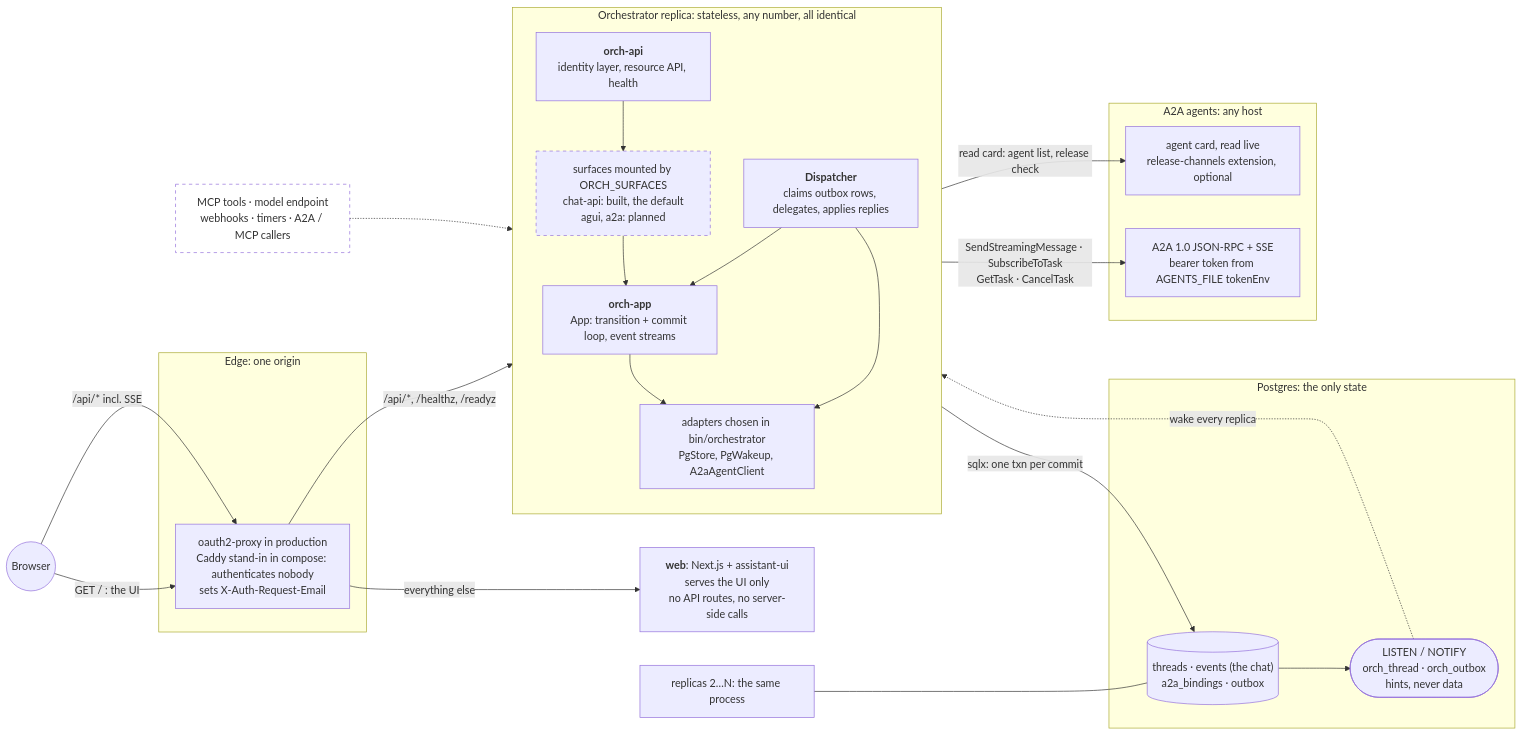
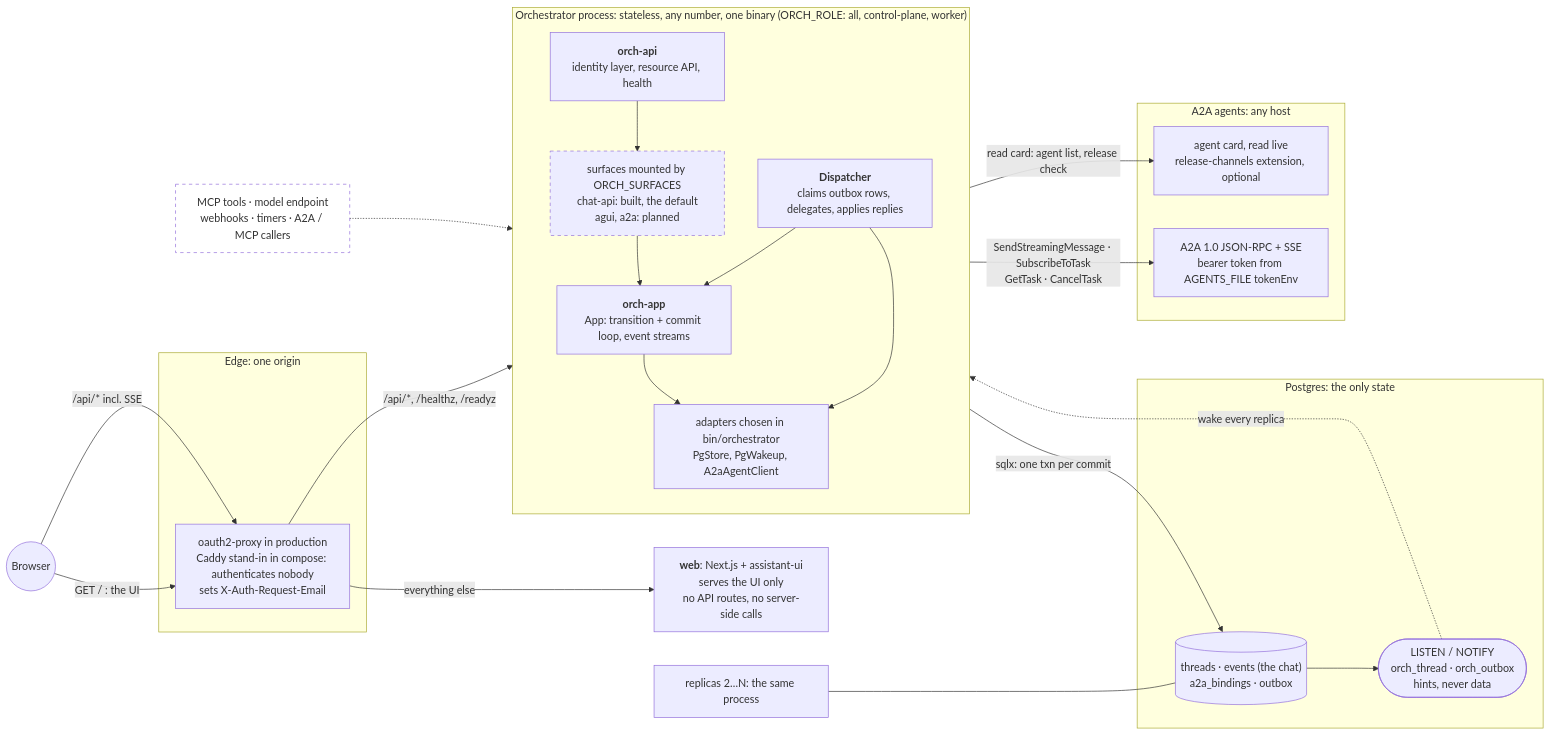
The first of 8 diagrams in docs/architecture.md (vymalo/another-agentic-system), drawn with Mermaid before and after one commit. The commit also changed other lines of this file and 11 other files, not shown here.

First line of the commit message:
feat(orchestrator): run as control plane, worker or both via ORCH_ROLE (adam-host) (#31)

````diff
--- a/docs/architecture.md
+++ b/docs/architecture.md
@@ -76,42 +76,42 @@
 ```mermaid
 flowchart LR
   browser(("Browser"))
   subgraph EDGE["Edge: one origin"]
     edge["oauth2-proxy in production<br/>Caddy stand-in in compose: authenticates nobody<br/>sets X-Auth-Request-Email"]
   end
   web["<b>web</b>: Next.js + assistant-ui<br/>serves the UI only<br/>no API routes, no server-side calls"]
-  subgraph REPLICA["Orchestrator replica: stateless, any number, all identical"]
+  subgraph REPLICA["Orchestrator process: stateless, any number, one binary (ORCH_ROLE: all, control-plane, worker)"]
     direction TB
     api["<b>orch-api</b><br/>identity layer, resource API, health"]
     surfaces["surfaces mounted by ORCH_SURFACES<br/>chat-api: built, the default<br/>agui, a2a: planned"]
     app["<b>orch-app</b><br/>App: transition + commit loop, event streams"]
     disp["<b>Dispatcher</b><br/>claims outbox rows, delegates, applies replies"]
     adapters["adapters chosen in bin/orchestrator<br/>PgStore, PgWakeup, A2aAgentClient"]
     api --> surfaces --> app
     disp --> app
     app --> adapters
     disp --> adapters
   end
   subgraph PG["Postgres: the only state"]
     tables[("threads · events (the chat)<br/>a2a_bindings · outbox")]
     notify(["LISTEN / NOTIFY<br/>orch_thread · orch_outbox<br/>hints, never data"])
   end
   subgraph AGENTS["A2A agents: any host"]
     card["agent card, read live<br/>release-channels extension, optional"]
     a2a["A2A 1.0 JSON-RPC + SSE<br/>bearer token from AGENTS_FILE tokenEnv"]
   end
   browser -- "GET / : the UI" --> edge
   browser -- "/api/* incl. SSE" --> edge
   edge -- "everything else" --> web
   edge -- "/api/*, /healthz, /readyz" --> api
   adapters -- "sqlx: one txn per commit" --> tables
   tables --> notify
   notify -. "wake every replica" .-> adapters
   adapters -- "SendStreamingMessage · SubscribeToTask<br/>GetTask · CancelTask" --> a2a
   adapters -- "read card: agent list, release check" --> card
   more["replicas 2…N: the same process"] --- tables
   mcp["MCP tools · model endpoint<br/>webhooks · timers · A2A / MCP callers"]:::planned
   mcp -.-> api
   classDef planned stroke-dasharray: 5 5,fill:none
   style surfaces stroke-dasharray: 5 5
 ```
````
